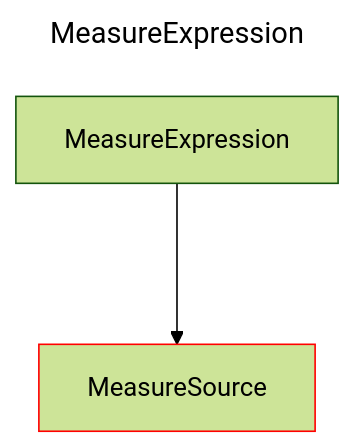
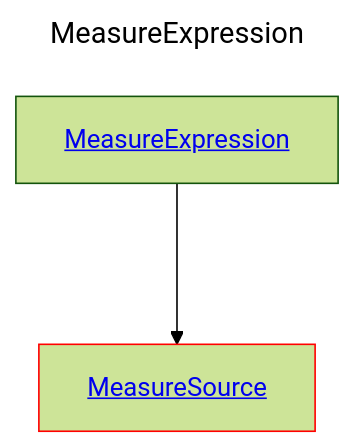
The diagram in docs/docs/layout/erd/MeasureExpression.md (douglassimonsen/pbi_core), drawn with Mermaid (forest theme) before and after one commit. The commit also changed 76 other files, not shown here.

````diff
--- a/docs/docs/layout/erd/MeasureExpression.md
+++ b/docs/docs/layout/erd/MeasureExpression.md
@@ -1,10 +1,10 @@
 ```mermaid
 ---
 title: MeasureExpression
 ---
 graph 
-2430071359968["MeasureSource"]
-style 2430071359968 stroke:#ff0000,stroke-width:1px
-2430071888032["MeasureExpression"]
-2430071888032 ---> 2430071359968
+MeasureExpression[<a href='/layout/erd/MeasureExpression'>MeasureExpression</a>]
+MeasureSource[<a href='/layout/erd/MeasureSource'>MeasureSource</a>]
+style MeasureSource stroke:#ff0000,stroke-width:1px
+MeasureExpression ---> MeasureSource
 ```
````
